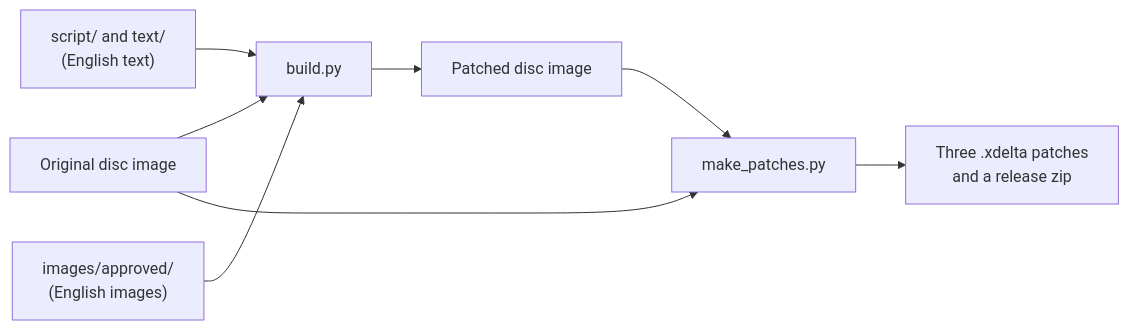
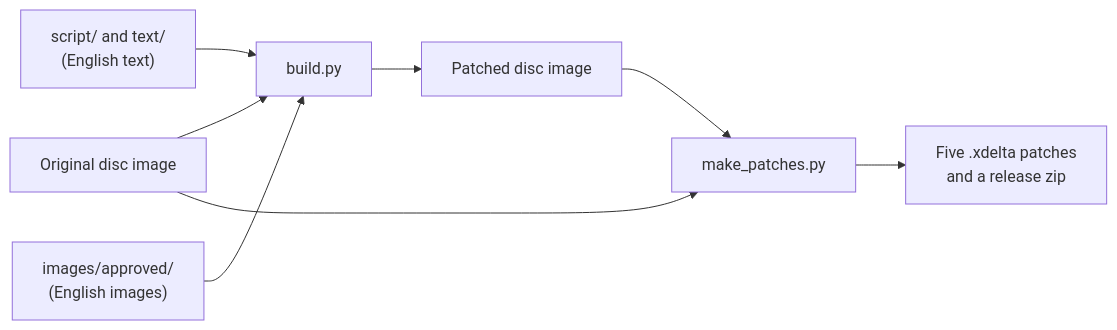
One commit to kactusken/Fire-Pro-Wrestling-G-English changed the diagram in docs/HOW_IT_WORKS.md. Above: the diagram before and after it, drawn with Mermaid. The commit also changed other lines of this file and 16 other files, not shown here.

````diff
--- a/docs/HOW_IT_WORKS.md
+++ b/docs/HOW_IT_WORKS.md
@@ -121,10 +125,10 @@
 ```mermaid
 flowchart LR
     disc["Original disc image"] --> build["build.py"]
     text["script/ and text/<br>(English text)"] --> build
     images["images/approved/<br>(English images)"] --> build
     build --> patched["Patched disc image"]
     patched --> mp["make_patches.py"]
     disc --> mp
-    mp --> release["Three .xdelta patches<br>and a release zip"]
+    mp --> release["Five .xdelta patches<br>and a release zip"]
 ```
````
